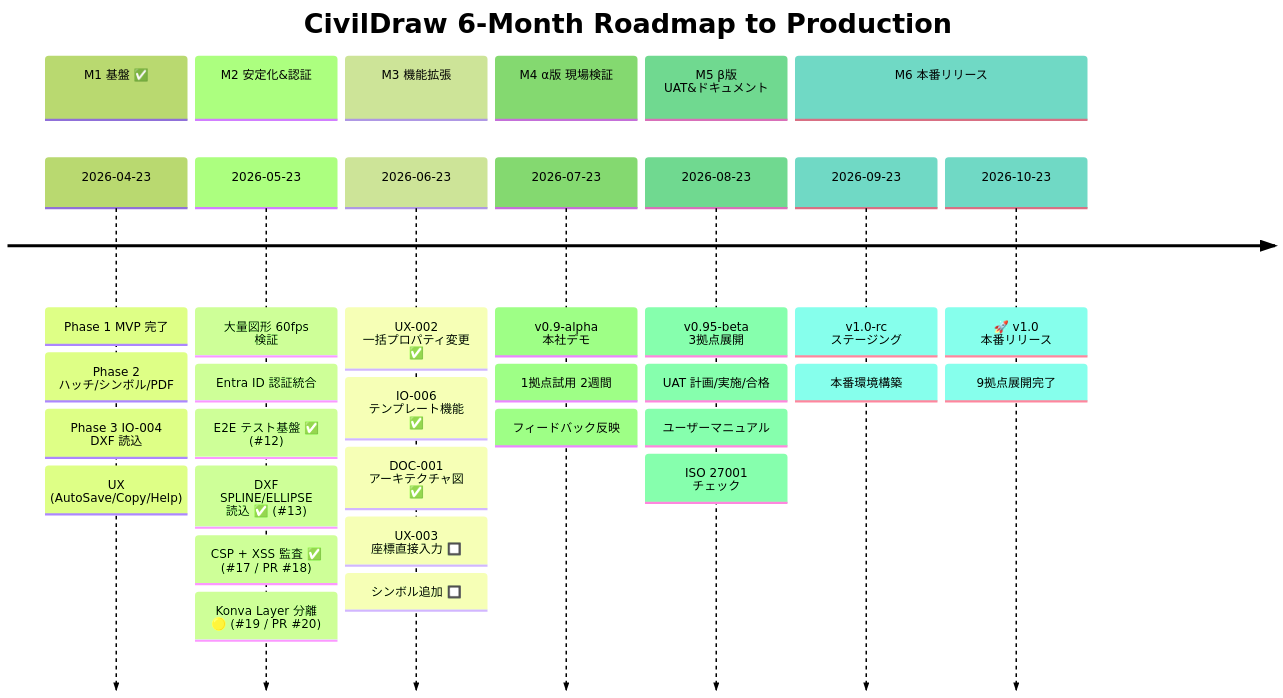
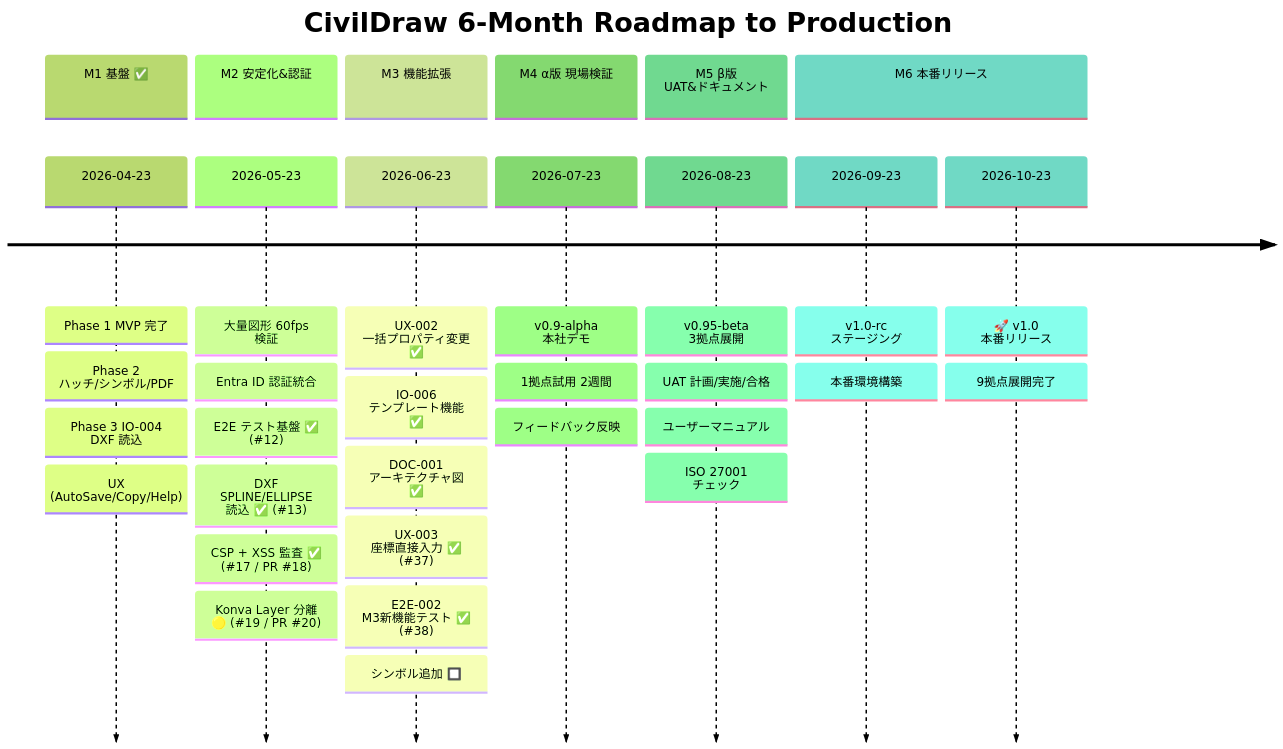
One commit to Kensan196948G/Civil-Draw changed the fourth of 4 diagrams in README.md. Above: the diagram before and after it, drawn with Mermaid (forest theme). The commit also changed other lines of this file and 7 other files, not shown here.

````diff
--- a/README.md
+++ b/README.md
@@ -311,36 +322,37 @@
 ```mermaid
 timeline
     title CivilDraw 6-Month Roadmap to Production
     section M1 基盤 ✅
         2026-04-23 : Phase 1 MVP 完了
                     : Phase 2 ハッチ/シンボル/PDF
                     : Phase 3 IO-004 DXF 読込
                     : UX (AutoSave/Copy/Help)
     section M2 安定化&認証
         2026-05-23 : 大量図形 60fps 検証
                     : Entra ID 認証統合
                     : E2E テスト基盤 ✅ (#12)
                     : DXF SPLINE/ELLIPSE 読込 ✅ (#13)
                     : CSP + XSS 監査 ✅ (#17 / PR #18)
                     : Konva Layer 分離 🟡 (#19 / PR #20)
     section M3 機能拡張
         2026-06-23 : UX-002 一括プロパティ変更 ✅
                     : IO-006 テンプレート機能 ✅
                     : DOC-001 アーキテクチャ図 ✅
-                    : UX-003 座標直接入力 🔲
+                    : UX-003 座標直接入力 ✅ (#37)
+                    : E2E-002 M3新機能テスト ✅ (#38)
                     : シンボル追加 🔲
     section M4 α版 現場検証
         2026-07-23 : v0.9-alpha 本社デモ
                     : 1拠点試用 2週間
                     : フィードバック反映
     section M5 β版 UAT&ドキュメント
         2026-08-23 : v0.95-beta 3拠点展開
                     : UAT 計画/実施/合格
                     : ユーザーマニュアル
                     : ISO 27001 チェック
     section M6 本番リリース
         2026-09-23 : v1.0-rc ステージング
                     : 本番環境構築
         2026-10-23 : 🚀 v1.0 本番リリース
                     : 9拠点展開完了
 ```
````
